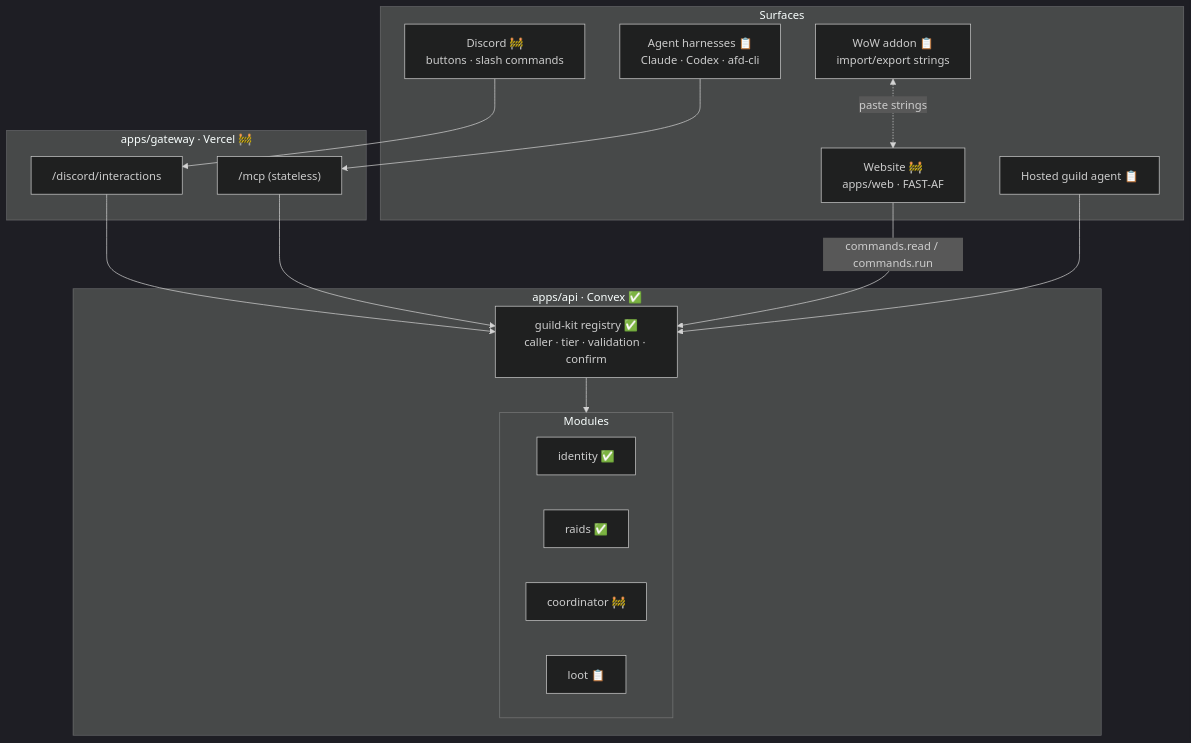
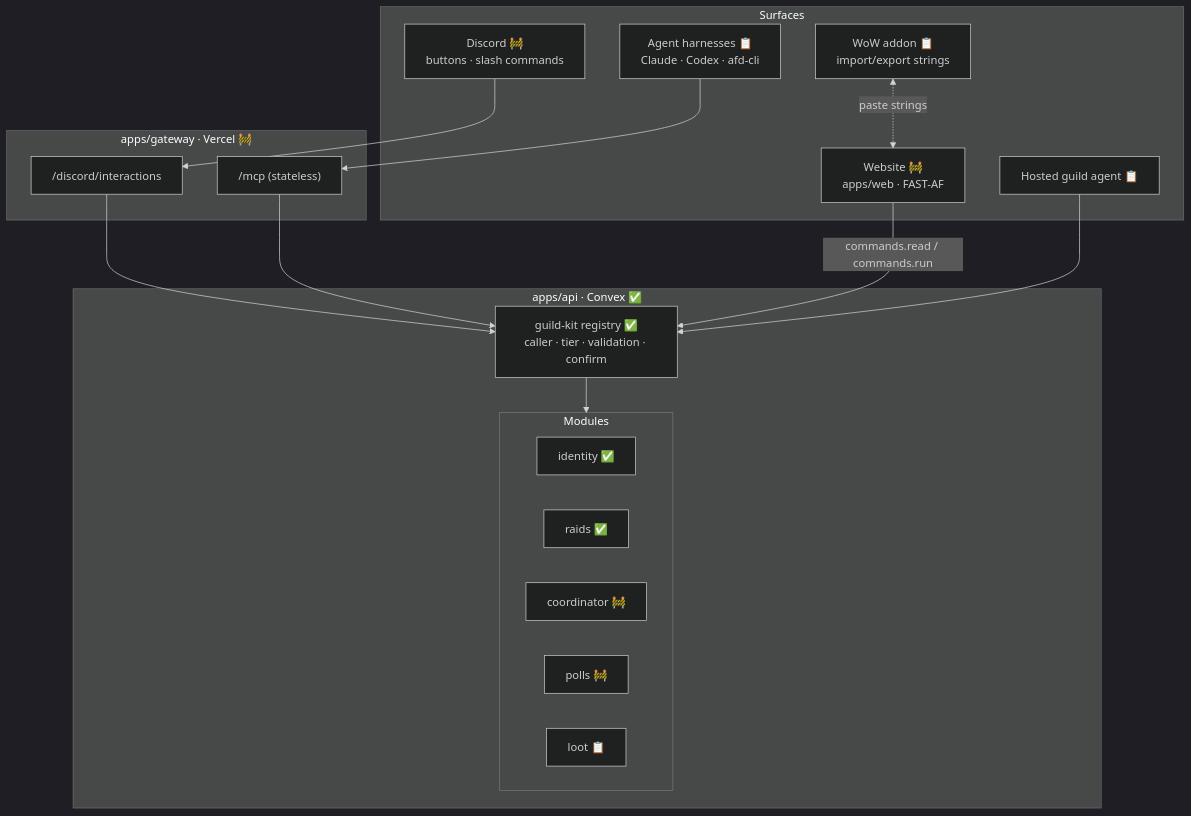
One commit to vintage-guild/vintage changed the first of 2 diagrams in docs/architecture.md. Above: the diagram before and after it, drawn with Mermaid (dark theme). The commit also changed other lines of this file and 23 other files, not shown here.

````diff
--- a/docs/architecture.md
+++ b/docs/architecture.md
@@ -26,32 +26,33 @@
 ```mermaid
 flowchart TB
     subgraph Surfaces
         WEB["Website 🚧<br/>apps/web · FAST-AF"]
         DISCORD["Discord 🚧<br/>buttons · slash commands"]
         MCP["Agent harnesses 📋<br/>Claude · Codex · afd-cli"]
         AGENT["Hosted guild agent 📋"]
         ADDON["WoW addon 📋<br/>import/export strings"]
     end
 
     subgraph Gateway["apps/gateway · Vercel 🚧"]
         GMCP["/mcp (stateless)"]
         GDISC["/discord/interactions"]
     end
 
     subgraph API["apps/api · Convex ✅"]
         REG["guild-kit registry ✅<br/>caller · tier · validation · confirm"]
         subgraph Modules
             ID["identity ✅"]
             RAIDS["raids ✅"]
             COORD["coordinator 🚧"]
+            POLLS["polls 🚧"]
             LOOT["loot 📋"]
         end
     end
 
     WEB -- "commands.read / commands.run" --> REG
     DISCORD --> GDISC --> REG
     MCP --> GMCP --> REG
     AGENT --> REG
     ADDON <-. "paste strings" .-> WEB
     REG --> Modules
 ```
````
